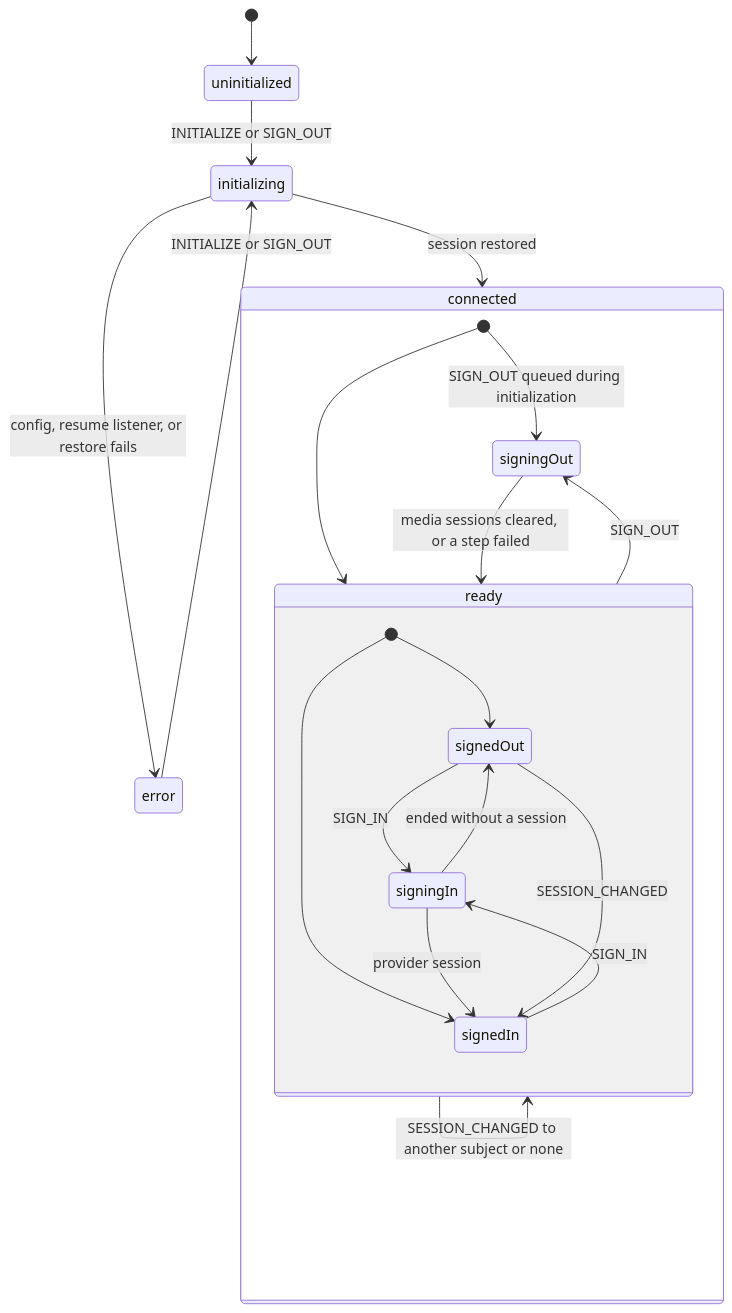
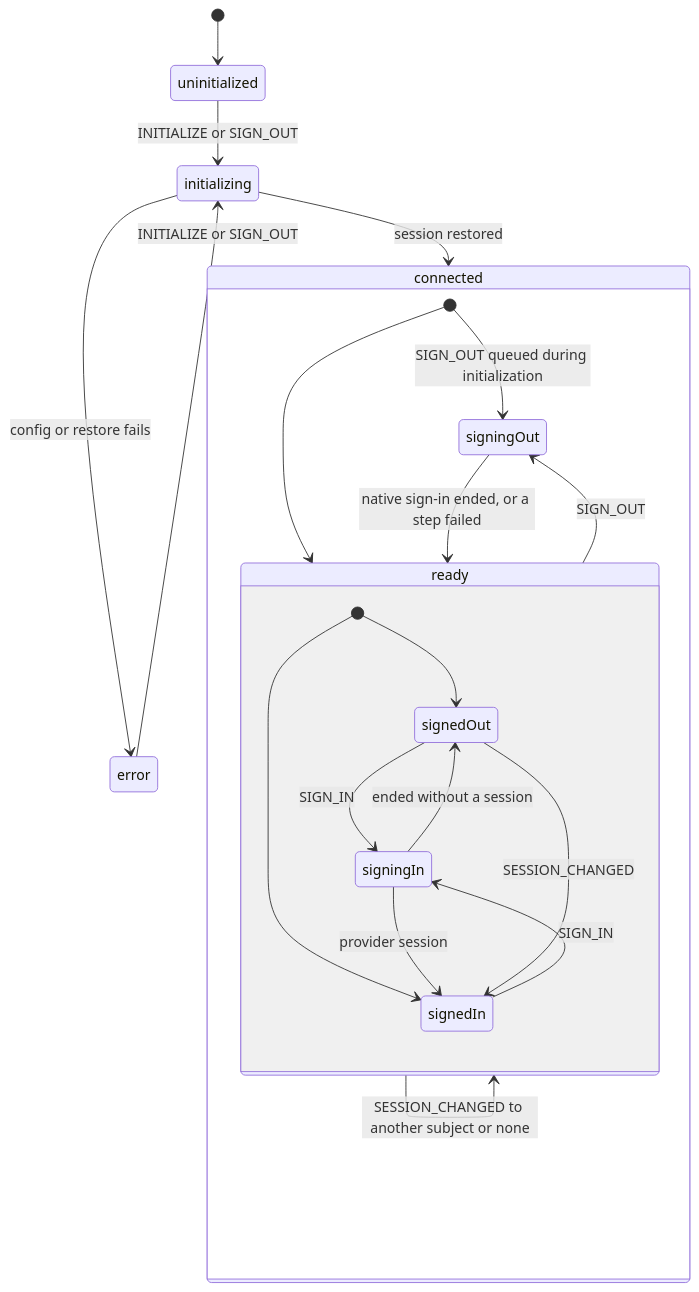
The second of 3 diagrams in docs/architecture/authentication.md (patricktree/cup), drawn with Mermaid before and after one commit. The commit also changed other lines of this file and 116 other files, not shown here.

````diff
--- a/docs/architecture/authentication.md
+++ b/docs/architecture/authentication.md
@@ -54,24 +54,24 @@
 ```mermaid
 stateDiagram-v2
     [*] --> uninitialized
     uninitialized --> initializing: INITIALIZE or SIGN_OUT
-    initializing --> error: config, resume listener, or restore fails
+    initializing --> error: config or restore fails
     error --> initializing: INITIALIZE or SIGN_OUT
     initializing --> connected: session restored
     state connected {
         [*] --> ready
         [*] --> signingOut: SIGN_OUT queued during initialization
         state ready {
             [*] --> signedOut
             [*] --> signedIn
             signedOut --> signingIn: SIGN_IN
             signedIn --> signingIn: SIGN_IN
             signingIn --> signedIn: provider session
             signingIn --> signedOut: ended without a session
             signedOut --> signedIn: SESSION_CHANGED
         }
         ready --> ready: SESSION_CHANGED to another subject or none
         ready --> signingOut: SIGN_OUT
-        signingOut --> ready: media sessions cleared, or a step failed
+        signingOut --> ready: native sign-in ended, or a step failed
     }
 ```
````
